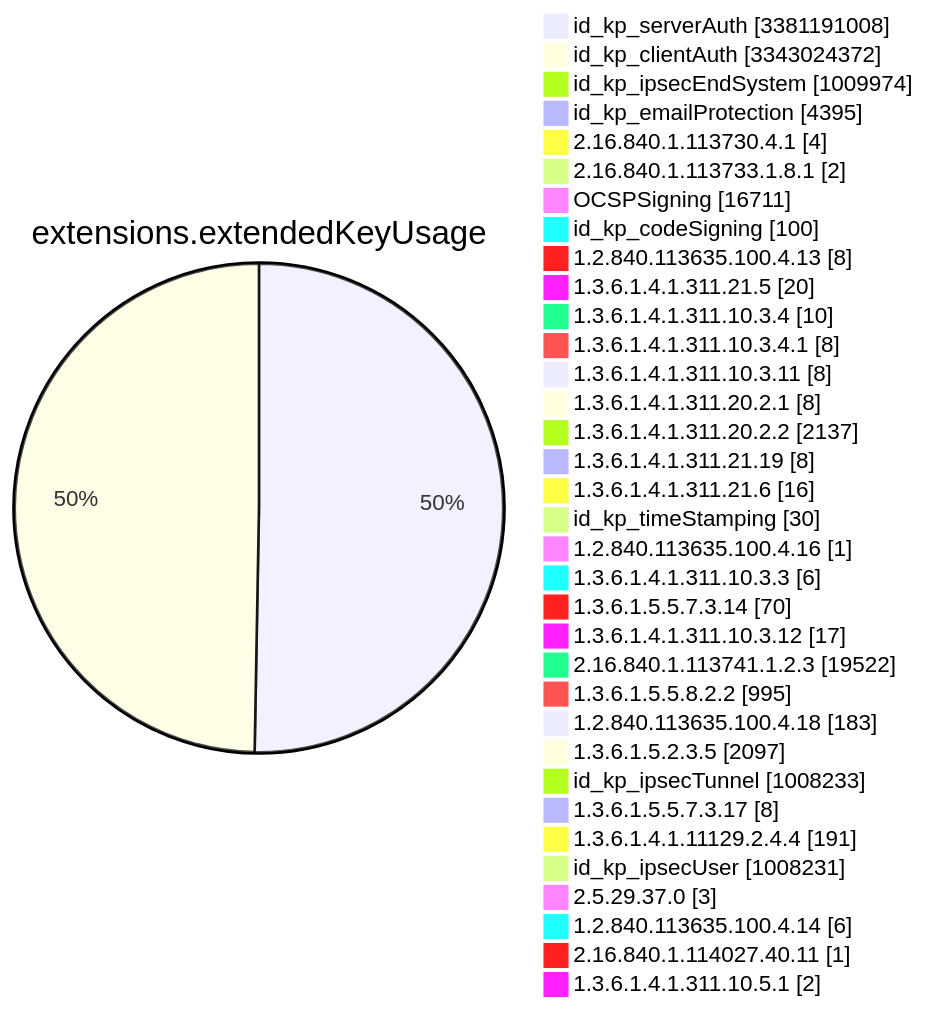
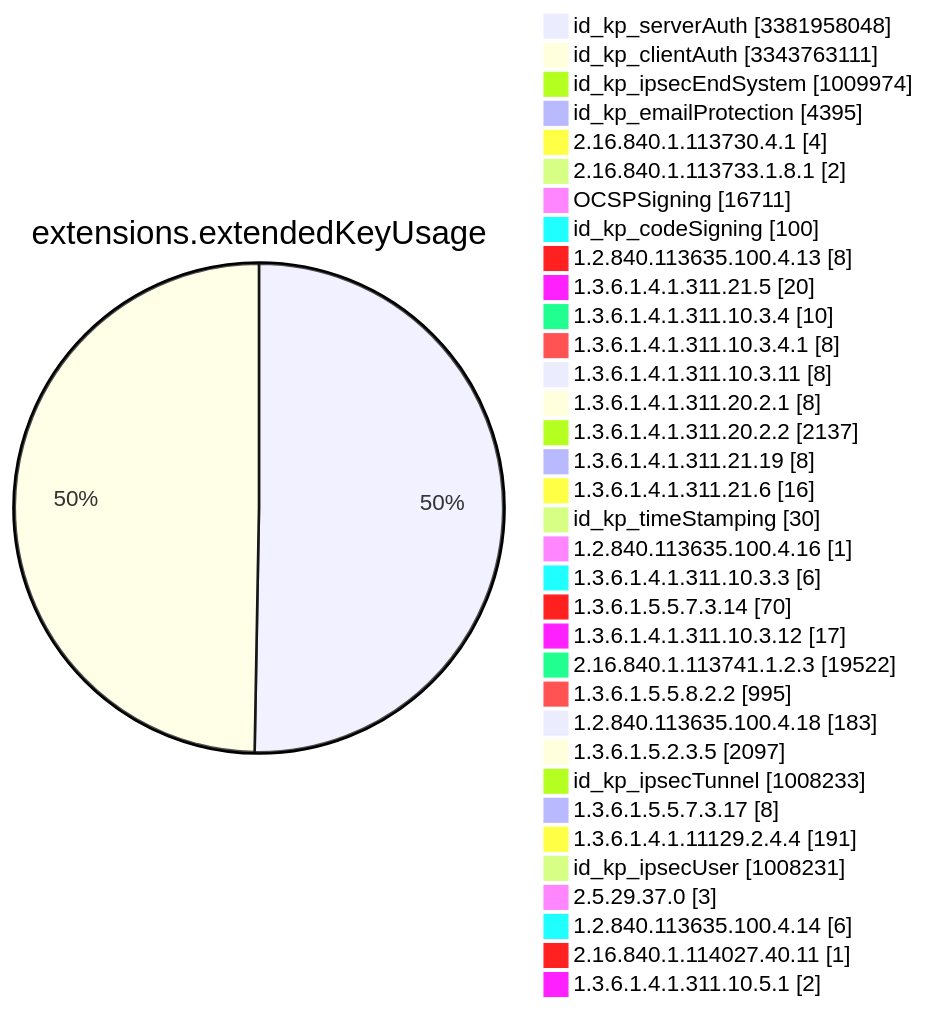
Diagram 11 of 15 in TOTAL/README.md (christiankrug/ctmonitor_visualization), drawn with Mermaid before and after one commit. The commit also changed other lines of this file, not shown here.

````diff
--- a/TOTAL/README.md
+++ b/TOTAL/README.md
@@ -4120,38 +4120,38 @@
 ```mermaid
 pie showData
 title extensions.extendedKeyUsage
-"id_kp_serverAuth" :3381191008
-"id_kp_clientAuth" :3343024372
+"id_kp_serverAuth" :3381958048
+"id_kp_clientAuth" :3343763111
 "id_kp_ipsecEndSystem" :1009974
 "id_kp_emailProtection" :4395
 "2.16.840.1.113730.4.1" :4
 "2.16.840.1.113733.1.8.1" :2
 "OCSPSigning" :16711
 "id_kp_codeSigning" :100
 "1.2.840.113635.100.4.13" :8
 "1.3.6.1.4.1.311.21.5" :20
 "1.3.6.1.4.1.311.10.3.4" :10
 "1.3.6.1.4.1.311.10.3.4.1" :8
 "1.3.6.1.4.1.311.10.3.11" :8
 "1.3.6.1.4.1.311.20.2.1" :8
 "1.3.6.1.4.1.311.20.2.2" :2137
 "1.3.6.1.4.1.311.21.19" :8
 "1.3.6.1.4.1.311.21.6" :16
 "id_kp_timeStamping" :30
 "1.2.840.113635.100.4.16" :1
 "1.3.6.1.4.1.311.10.3.3" :6
 "1.3.6.1.5.5.7.3.14" :70
 "1.3.6.1.4.1.311.10.3.12" :17
 "2.16.840.1.113741.1.2.3" :19522
 "1.3.6.1.5.5.8.2.2" :995
 "1.2.840.113635.100.4.18" :183
 "1.3.6.1.5.2.3.5" :2097
 "id_kp_ipsecTunnel" :1008233
 "1.3.6.1.5.5.7.3.17" :8
 "1.3.6.1.4.1.11129.2.4.4" :191
 "id_kp_ipsecUser" :1008231
 "2.5.29.37.0" :3
 "1.2.840.113635.100.4.14" :6
 "2.16.840.1.114027.40.11" :1
 "1.3.6.1.4.1.311.10.5.1" :2
 ```
````
